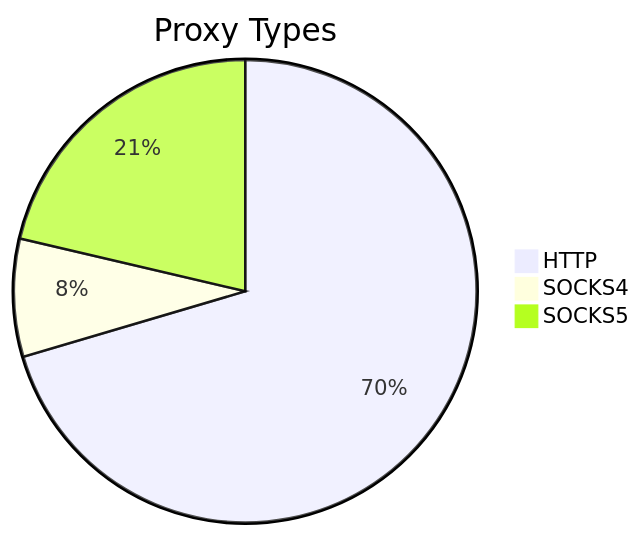
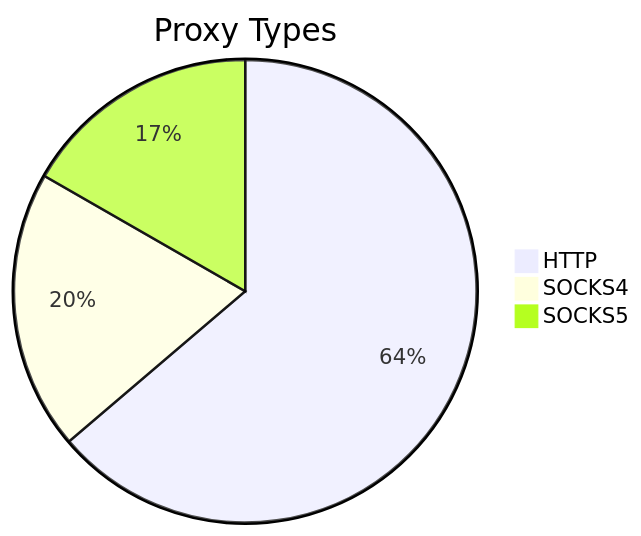
The first of 2 diagrams in README.md (stormsia/proxy-list), drawn with Mermaid before and after one commit. The commit also changed other lines of this file, not shown here.

````diff
--- a/README.md
+++ b/README.md
@@ -21,6 +21,6 @@
 ```mermaid
 pie title Proxy Types
-    "HTTP" : 231
-    "SOCKS4" : 27
-    "SOCKS5" : 70
+    "HTTP" : 271
+    "SOCKS4" : 83
+    "SOCKS5" : 71
 ```
````
